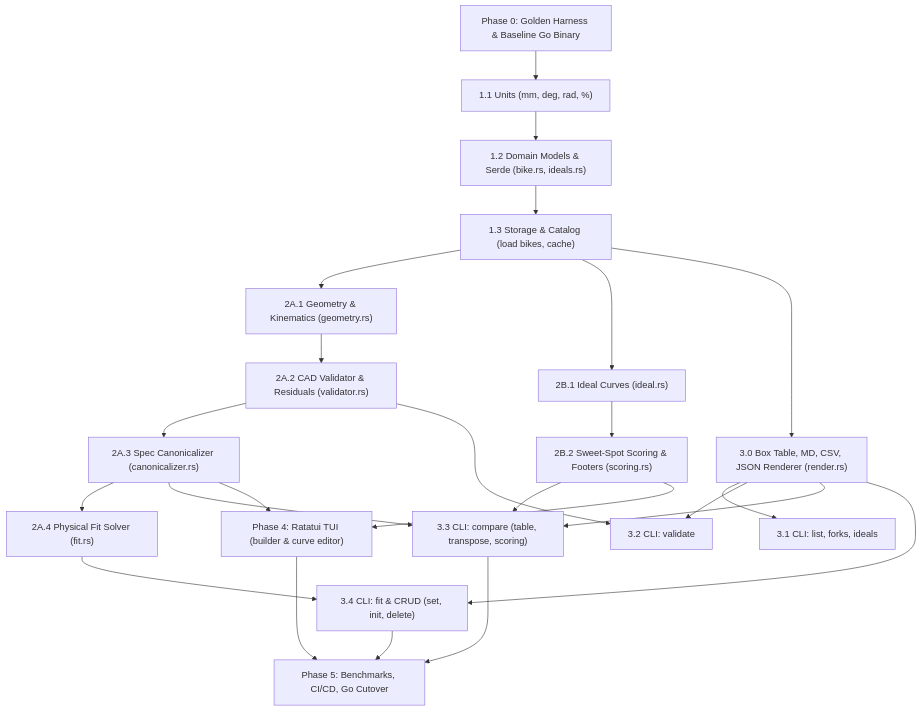
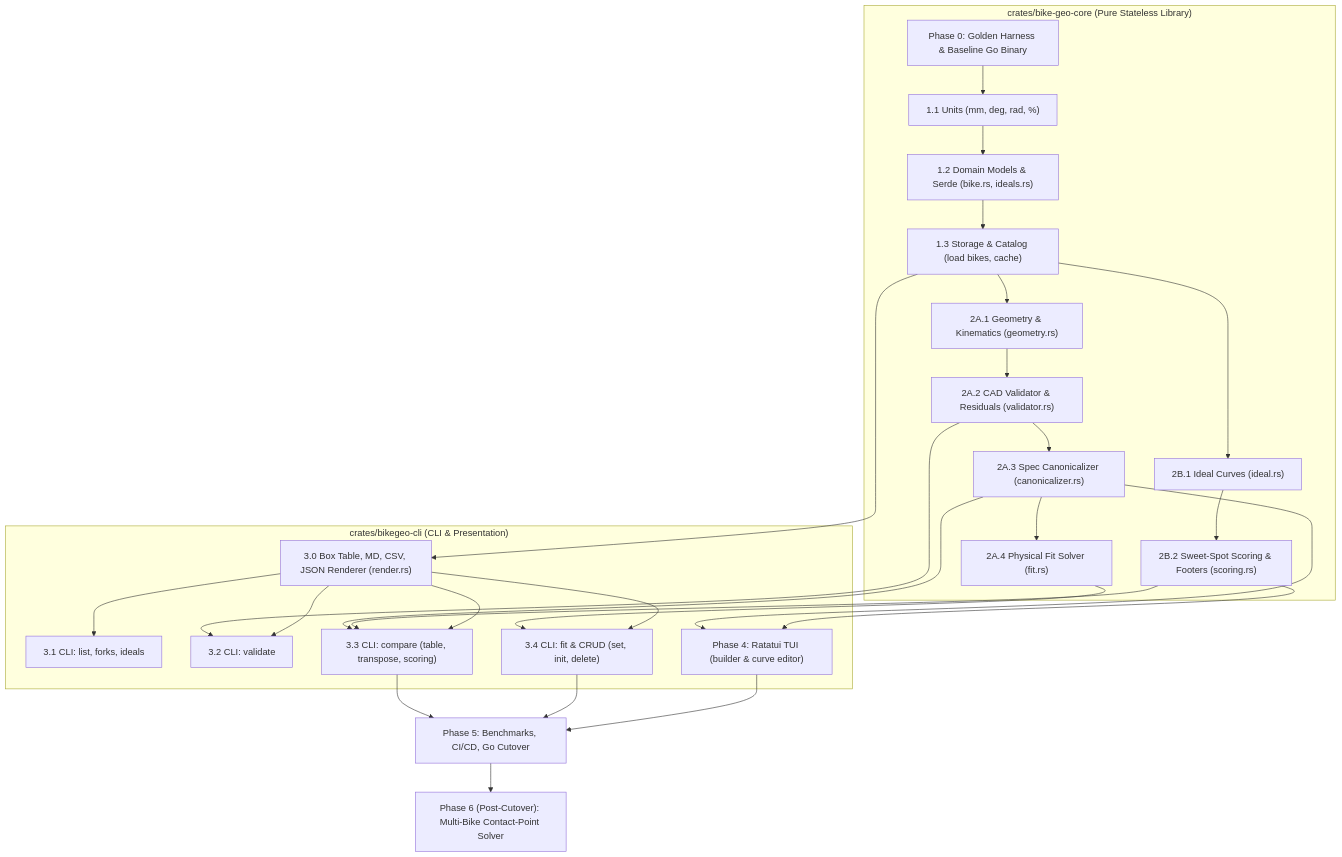
The diagram in MIGRATE.md (matta/bikegeo), drawn with Mermaid before and after one commit. The commit also changed other lines of this file, not shown here.

Commit message:
Expand Rust migration plan with AI-assisted tradeoff analysis and architecture strategy

````diff
--- a/MIGRATE.md
+++ b/MIGRATE.md
@@ -32,43 +125,41 @@
 ```mermaid
 flowchart TD
-    P0["Phase 0: Golden Harness & Baseline Go Binary"] --> P1_UNITS["1.1 Units (mm, deg, rad, %)"]
-    P1_UNITS --> P1_MODELS["1.2 Domain Models & Serde (bike.rs, ideals.rs)"]
-    P1_MODELS --> P1_STORAGE["1.3 Storage & Catalog (load bikes, cache)"]
+    subgraph Core["crates/bike-geo-core (Pure Stateless Library)"]
+        P0["Phase 0: Golden Harness & Baseline Go Binary"] --> P1_UNITS["1.1 Units (mm, deg, rad, %)"]
+        P1_UNITS --> P1_MODELS["1.2 Domain Models & Serde (bike.rs, ideals.rs)"]
+        P1_MODELS --> P1_STORAGE["1.3 Storage & Catalog (load bikes, cache)"]
+        
+        P1_STORAGE --> P2A_GEO["2A.1 Geometry & Kinematics (geometry.rs)"]
+        P1_STORAGE --> P2B_IDEAL["2B.1 Ideal Curves (ideal.rs)"]
+        
+        P2A_GEO --> P2A_VAL["2A.2 CAD Validator & Residuals (validator.rs)"]
+        P2A_VAL --> P2A_CANON["2A.3 Spec Canonicalizer (canonicalizer.rs)"]
+        P2A_CANON --> P2A_FIT["2A.4 Physical Fit Solver (fit.rs)"]
+        
+        P2B_IDEAL --> P2B_SCORE["2B.2 Sweet-Spot Scoring & Footers (scoring.rs)"]
+    end
+
+    subgraph App["crates/bikegeo-cli (CLI & Presentation)"]
+        P1_STORAGE --> P3_RENDER["3.0 Box Table, MD, CSV, JSON Renderer (render.rs)"]
+        
+        P3_RENDER --> CLI_LIST["3.1 CLI: list, forks, ideals"]
+        P2A_VAL --> CLI_VAL["3.2 CLI: validate"]
+        P3_RENDER --> CLI_VAL
+        
+        P2A_CANON --> CLI_CMP["3.3 CLI: compare (table, transpose, scoring)"]
+        P2B_SCORE --> CLI_CMP
+        P3_RENDER --> CLI_CMP
+        
+        P2A_FIT --> CLI_FIT["3.4 CLI: fit & CRUD (set, init, delete)"]
+        P3_RENDER --> CLI_FIT
+        
+        P2A_CANON --> P4_TUI["Phase 4: Ratatui TUI (builder & curve editor)"]
+        P2B_SCORE --> P4_TUI
+    end
     
-    %% Split into two parallel tracks
-    P1_STORAGE --> P2A_GEO["2A.1 Geometry & Kinematics (geometry.rs)"]
-    P1_STORAGE --> P2B_IDEAL["2B.1 Ideal Curves (ideal.rs)"]
-    
-    %% Track A: Kinematics & CAD Validation
-    P2A_GEO --> P2A_VAL["2A.2 CAD Validator & Residuals (validator.rs)"]
-    P2A_VAL --> P2A_CANON["2A.3 Spec Canonicalizer (canonicalizer.rs)"]
-    P2A_CANON --> P2A_FIT["2A.4 Physical Fit Solver (fit.rs)"]
-    
-    %% Track B: Scoring & Profiles
-    P2B_IDEAL --> P2B_SCORE["2B.2 Sweet-Spot Scoring & Footers (scoring.rs)"]
-    
-    %% Table Renderer can be built early
-    P1_STORAGE --> P3_RENDER["3.0 Box Table, MD, CSV, JSON Renderer (render.rs)"]
-    
-    %% Staged CLI Milestones
-    P3_RENDER --> CLI_LIST["3.1 CLI: list, forks, ideals"]
-    P2A_VAL --> CLI_VAL["3.2 CLI: validate"]
-    P3_RENDER --> CLI_VAL
-    
-    %% Convergence for Compare & TUI
-    P2A_CANON --> CLI_CMP["3.3 CLI: compare (table, transpose, scoring)"]
-    P2B_SCORE --> CLI_CMP
-    P3_RENDER --> CLI_CMP
-    
-    P2A_FIT --> CLI_FIT["3.4 CLI: fit & CRUD (set, init, delete)"]
-    P3_RENDER --> CLI_FIT
-    
-    %% TUI Track
-    P2A_CANON --> P4_TUI["Phase 4: Ratatui TUI (builder & curve editor)"]
-    P2B_SCORE --> P4_TUI
-    
-    %% Final Cutover
     CLI_CMP --> P5_CUTOVER["Phase 5: Benchmarks, CI/CD, Go Cutover"]
     CLI_FIT --> P5_CUTOVER
     P4_TUI --> P5_CUTOVER
+
+    P5_CUTOVER --> P6_SOLVER["Phase 6 (Post-Cutover): Multi-Bike Contact-Point Solver"]
 ```
````
